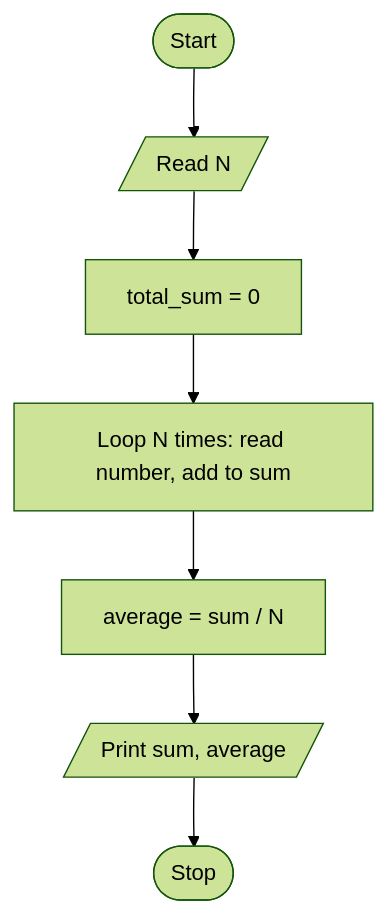
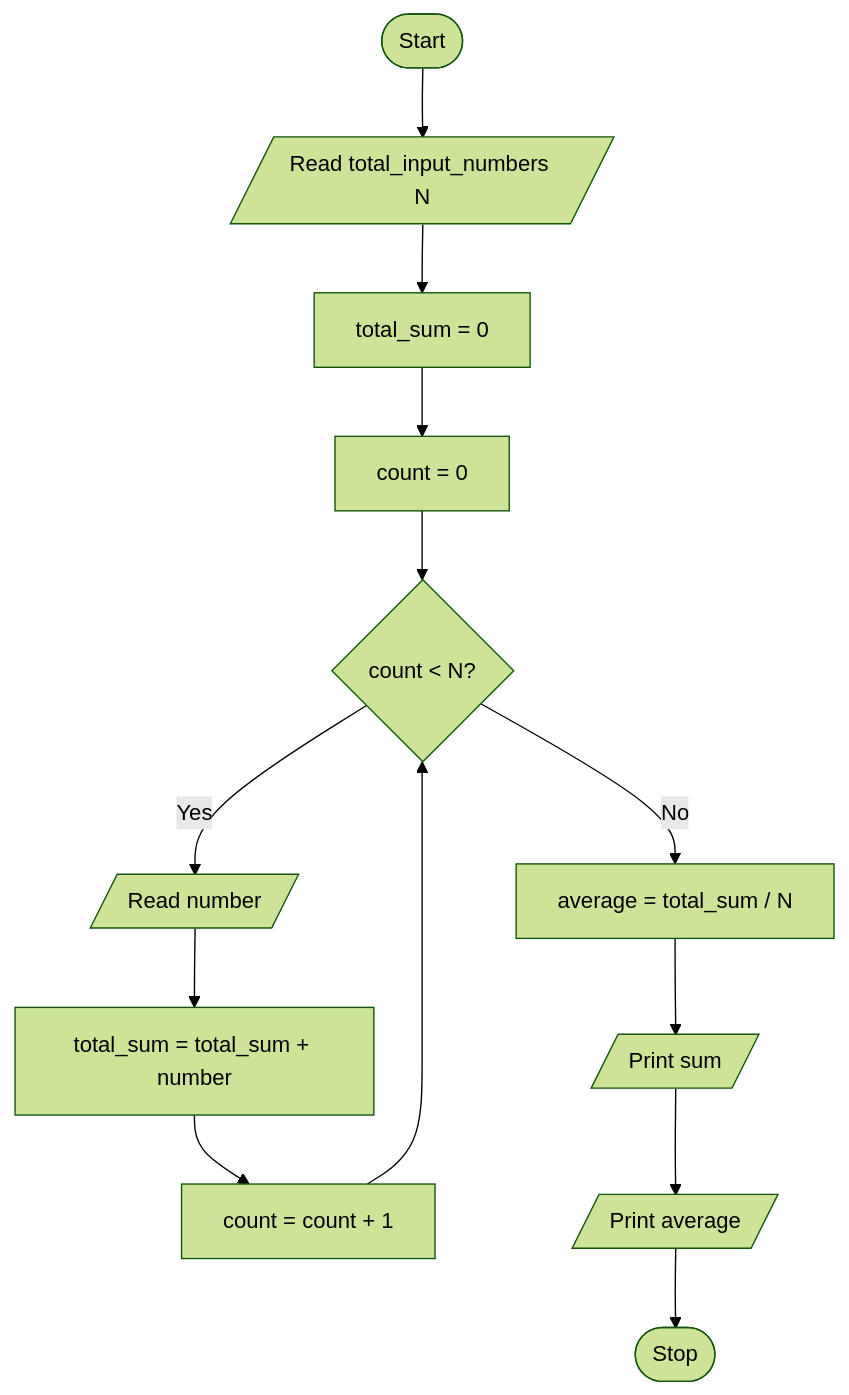
One commit to asvnphanindra/2026-27_PythonProgrammingCourse changed the diagram in .faculty/observations/u2b3avg.md. Above: the diagram before and after it, drawn with Mermaid (forest theme). The commit also changed 20 other files, not shown here.

Commit message:
Expand Full-observation flowcharts with step-by-step Mermaid detail.

````diff
--- a/.faculty/observations/u2b3avg.md
+++ b/.faculty/observations/u2b3avg.md
@@ -51,16 +51,18 @@
 ```mermaid
 flowchart TD
-    N0(["Start"])
-    N1[/"Read N"/]
-    N2["total_sum = 0"]
-    N3["Loop N times: read number, add to sum"]
-    N4["average = sum / N"]
-    N5[/"Print sum, average"/]
-    N6(["Stop"])
-    N0 --> N1
-    N1 --> N2
-    N2 --> N3
-    N3 --> N4
-    N4 --> N5
-    N5 --> N6
+Start(["Start"])
+R1[/"Read total_input_numbers N"/]
+P1["total_sum = 0"]
+P2["count = 0"]
+D1{"count < N?"}
+R2[/"Read number"/]
+P3["total_sum = total_sum + number"]
+P4["count = count + 1"]
+P5["average = total_sum / N"]
+O1[/"Print sum"/]
+O2[/"Print average"/]
+Stop(["Stop"])
+Start --> R1 --> P1 --> P2 --> D1
+D1 -->|Yes| R2 --> P3 --> P4 --> D1
+D1 -->|No| P5 --> O1 --> O2 --> Stop
 ```
````
